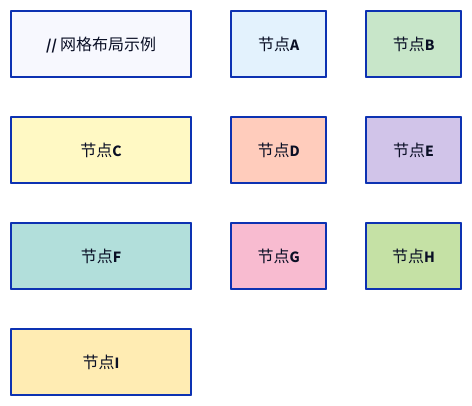
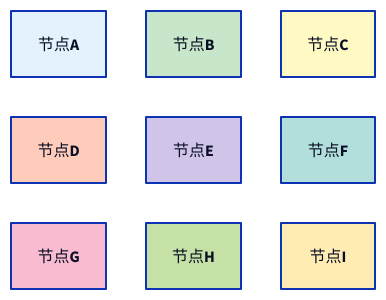
The fifth of 6 diagrams in src/lib/syntax-md/d2/diagram.md (chyax98/Diagflow), drawn with D2 before and after one commit. The commit also changed other lines of this file and 115 other files, not shown here.

````diff
--- a/src/lib/syntax-md/d2/diagram.md
+++ b/src/lib/syntax-md/d2/diagram.md
@@ -210,15 +280,15 @@
 ```d2
-// 网格布局示例
+# 网格布局示例
 grid-rows: 3
 grid-columns: 3
 
 A: 节点A {style.fill: "#e3f2fd"}
 B: 节点B {style.fill: "#c8e6c9"}
 C: 节点C {style.fill: "#fff9c4"}
 D: 节点D {style.fill: "#ffccbc"}
 E: 节点E {style.fill: "#d1c4e9"}
 F: 节点F {style.fill: "#b2dfdb"}
 G: 节点G {style.fill: "#f8bbd0"}
 H: 节点H {style.fill: "#c5e1a5"}
 I: 节点I {style.fill: "#ffecb3"}
 ```
````
